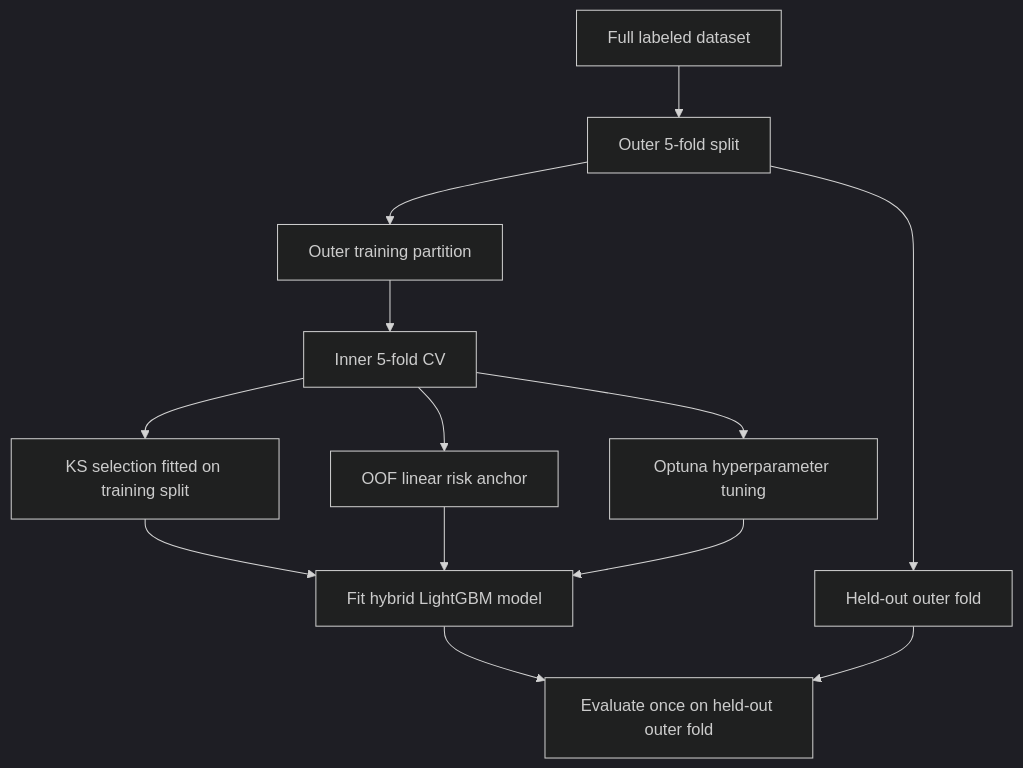
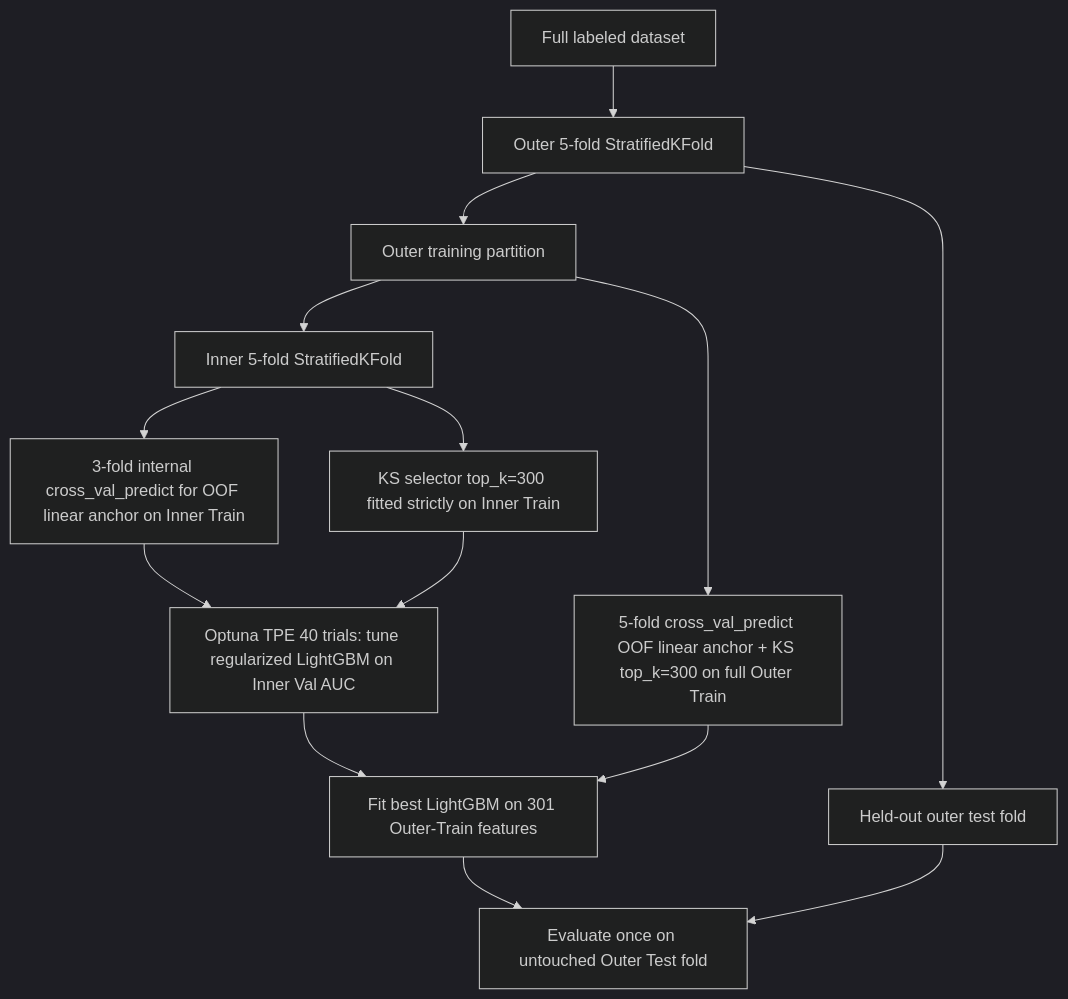
The diagram in README.md (mathiascar7/signed-connectome-topology), drawn with Mermaid (dark theme) before and after one commit. The commit also changed other lines of this file, not shown here.

````diff
--- a/README.md
+++ b/README.md
@@ -76,15 +63,16 @@
 ```mermaid
 flowchart TD
-    A[Full labeled dataset] --> B[Outer 5-fold split]
+    A[Full labeled dataset] --> B[Outer 5-fold StratifiedKFold]
     B --> C[Outer training partition]
-    B --> H[Held-out outer fold]
-    C --> D[Inner 5-fold CV]
-    D --> E[KS selection fitted on training split]
-    D --> F[OOF linear risk anchor]
-    D --> G[Optuna hyperparameter tuning]
-    E --> M[Fit hybrid LightGBM model]
-    F --> M
-    G --> M
-    M --> J[Evaluate once on held-out outer fold]
+    B --> H[Held-out outer test fold]
+    C --> D[Inner 5-fold StratifiedKFold]
+    D --> E[3-fold internal cross_val_predict for OOF linear anchor on Inner Train]
+    D --> F[KS selector top_k=300 fitted strictly on Inner Train]
+    E --> G[Optuna TPE 40 trials: tune regularized LightGBM on Inner Val AUC]
+    F --> G
+    C --> I[5-fold cross_val_predict OOF linear anchor + KS top_k=300 on full Outer Train]
+    G --> M[Fit best LightGBM on 301 Outer-Train features]
+    I --> M
+    M --> J[Evaluate once on untouched Outer Test fold]
     H --> J
 ```
````
